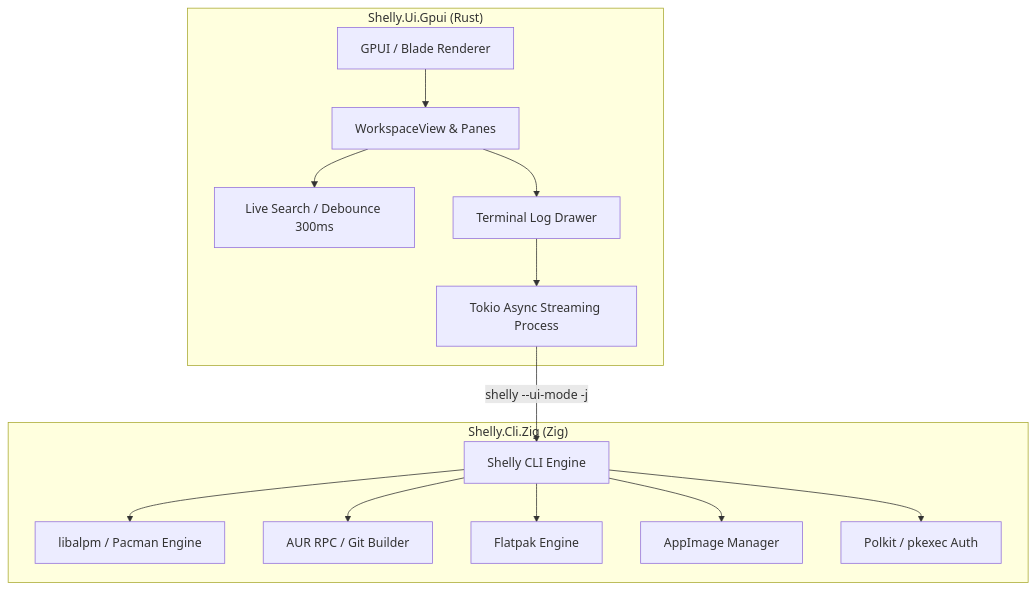
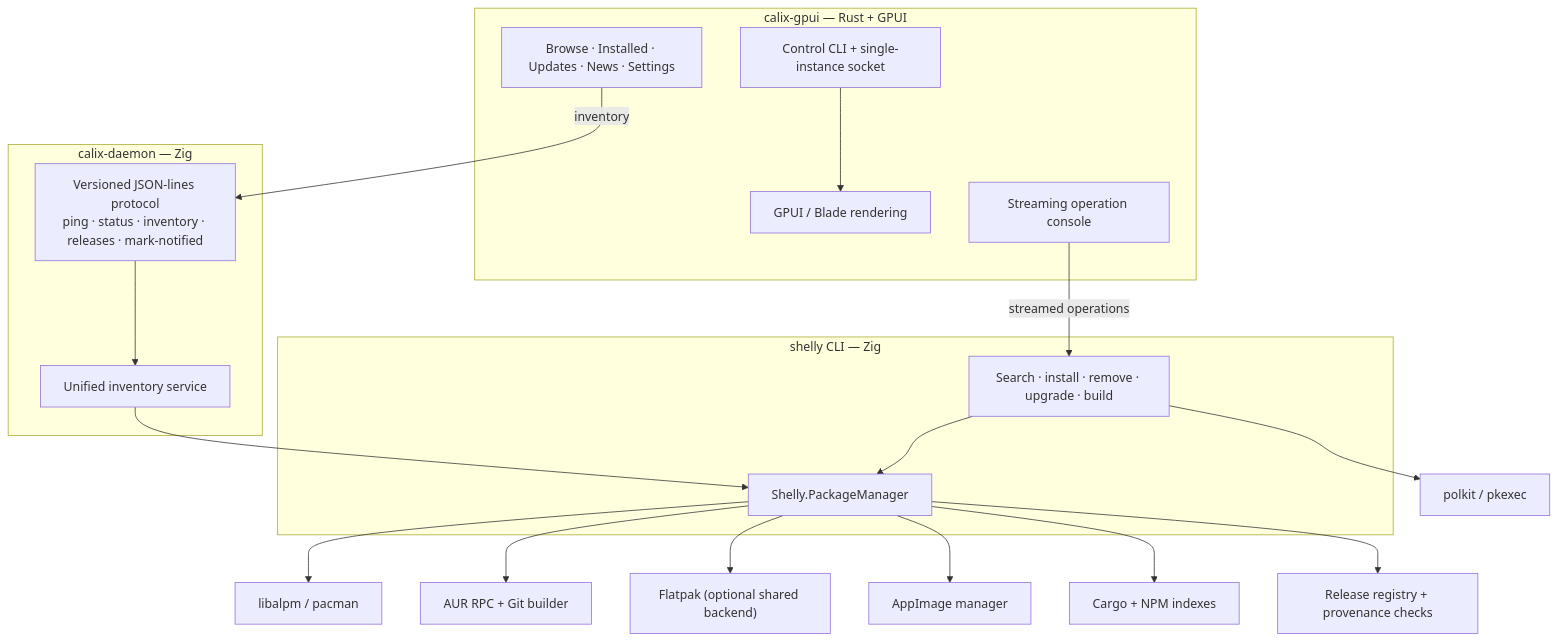
Before and after one commit to gnu6dotlive/calix: the diagram in README.md, drawn with Mermaid. The commit also changed other lines of this file and 13 other files, not shown here.

````diff
--- a/README.md
+++ b/README.md
@@ -45,18 +141,34 @@
 ```mermaid
 graph TD
-    subgraph Frontend ["Shelly.Ui.Gpui (Rust)"]
-        GPUI["GPUI / Blade Renderer"] --> Workspace["WorkspaceView & Panes"]
-        Workspace --> LiveSearch["Live Search / Debounce 300ms"]
-        Workspace --> LogDrawer["Terminal Log Drawer"]
-        LogDrawer --> Stream["Tokio Async Streaming Process"]
+    subgraph UI["calix-gpui — Rust + GPUI"]
+        GPUI["GPUI / Blade rendering"]
+        Workspace["Browse · Installed · Updates · News · Settings"]
+        Console["Streaming operation console"]
+        Control["Control CLI + single-instance socket"]
     end
 
-    subgraph Backend ["Shelly.Cli.Zig (Zig)"]
-        Stream -->|shelly --ui-mode -j| CLI["Shelly CLI Engine"]
-        CLI --> ALPM["libalpm / Pacman Engine"]
-        CLI --> AUR["AUR RPC / Git Builder"]
-        CLI --> FP["Flatpak Engine"]
-        CLI --> AI["AppImage Manager"]
-        CLI --> Polkit["Polkit / pkexec Auth"]
+    subgraph Daemon["calix-daemon — Zig"]
+        Protocol["Versioned JSON-lines protocol<br/>ping · status · inventory · releases · mark-notified"]
+        Inventory["Unified inventory service"]
     end
+
+    subgraph Backend["shelly CLI — Zig"]
+        CLI["Search · install · remove · upgrade · build"]
+        Lib["Shelly.PackageManager"]
+    end
+
+    Workspace -->|inventory| Protocol
+    Protocol --> Inventory
+    Console -->|streamed operations| CLI
+    Control --> GPUI
+    CLI --> Lib
+    Inventory --> Lib
+
+    Lib --> ALPM["libalpm / pacman"]
+    Lib --> AUR["AUR RPC + Git builder"]
+    Lib --> FP["Flatpak (optional shared backend)"]
+    Lib --> AI["AppImage manager"]
+    Lib --> CN["Cargo + NPM indexes"]
+    Lib --> REL["Release registry + provenance checks"]
+    CLI --> Polkit["polkit / pkexec"]
 ```
````
